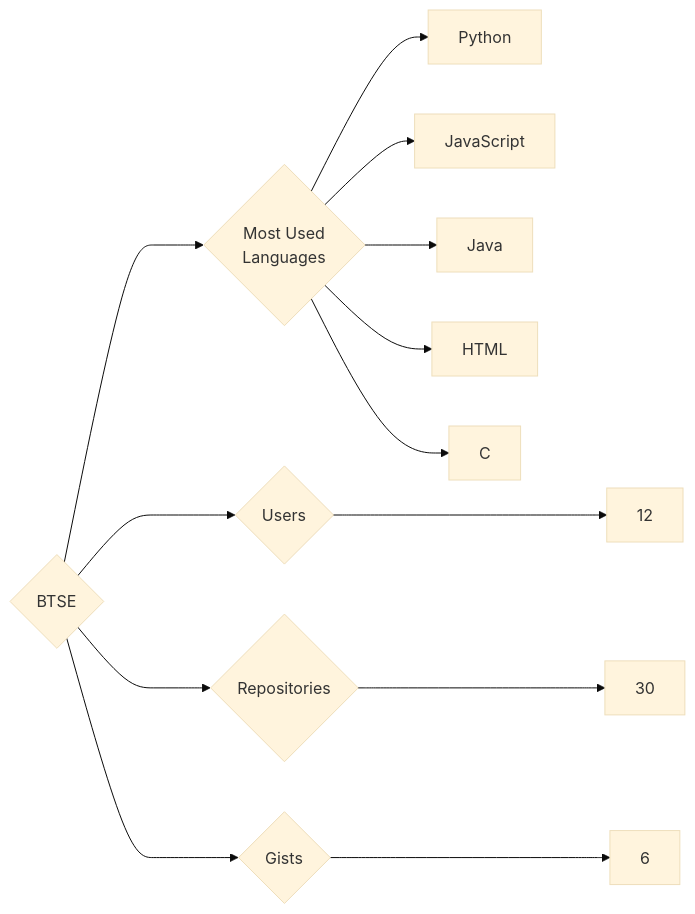
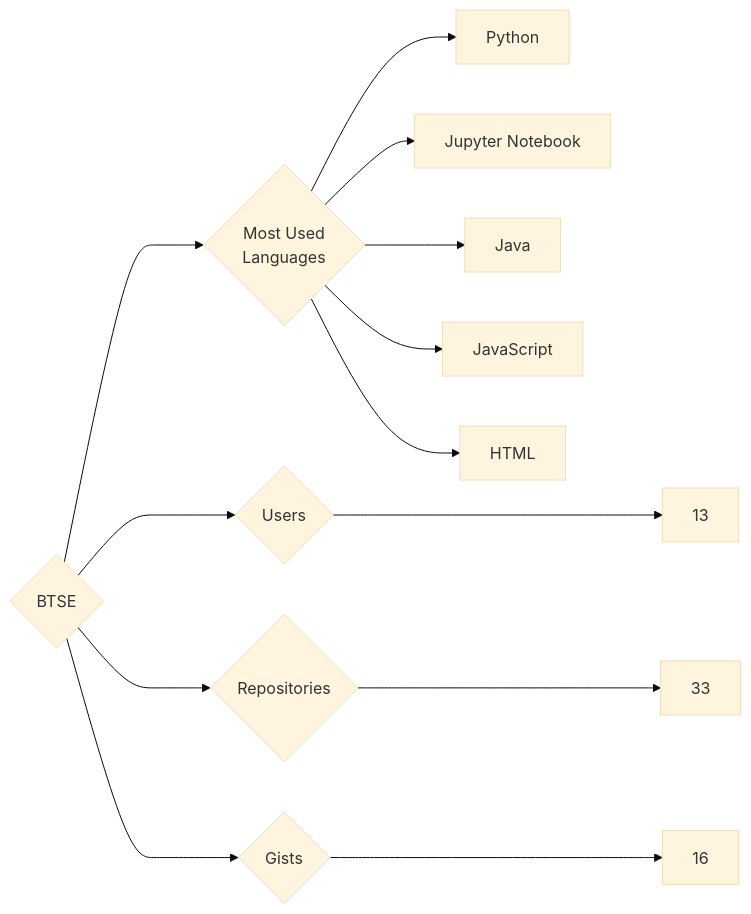
Before and after one commit to trickest/insiders: the diagram in targets/BTSE/README.md, drawn with Mermaid (base theme). The commit also changed 1148 other files, not shown here.

````diff
--- a/targets/BTSE/README.md
+++ b/targets/BTSE/README.md
@@ -3,13 +3,13 @@
 ```mermaid
 graph LR
 COMPANY_NAME{BTSE}
-COMPANY_NAME ---> U{Users} ---> UN[12]
-COMPANY_NAME ---> R{Repositories} ---> RN[30]
-COMPANY_NAME ---> G{Gists} ---> GN[6]
+COMPANY_NAME ---> U{Users} ---> UN[13]
+COMPANY_NAME ---> R{Repositories} ---> RN[33]
+COMPANY_NAME ---> G{Gists} ---> GN[16]
 COMPANY_NAME ---> ML{Most Used<br>Languages}
 ML --> Python[Python]
+ML --> Jupyter_Notebook[Jupyter Notebook]
+ML --> Java[Java]
 ML --> JavaScript[JavaScript]
-ML --> Java[Java]
 ML --> HTML[HTML]
-ML --> C[C]
 ```
````
